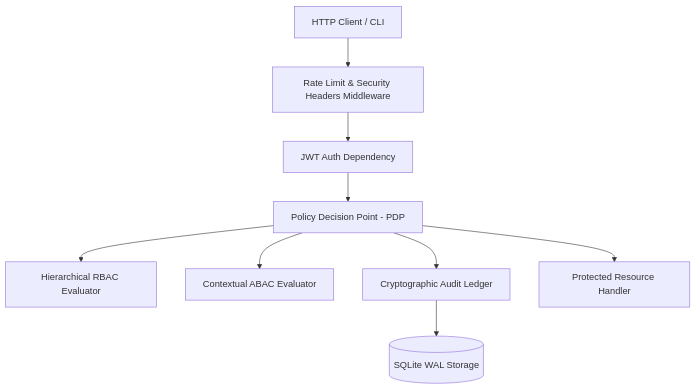
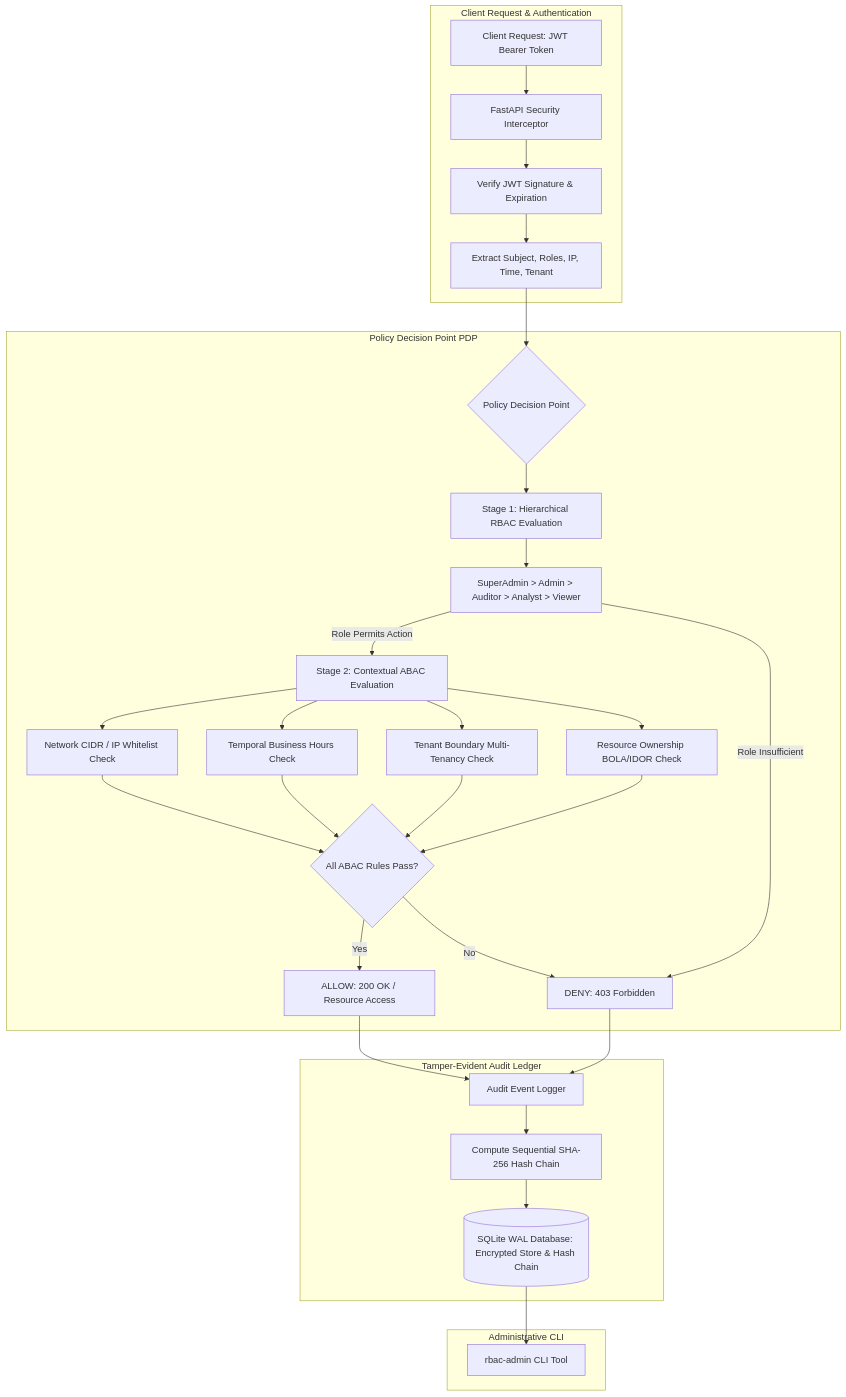
The diagram in README.md (Krish9800/rbac-secure-rest-api), drawn with Mermaid before and after one commit. The commit also changed other lines of this file, not shown here.

Commit message:
docs: refresh technical README with verified specifications, architecture, and threat model

````diff
--- a/README.md
+++ b/README.md
@@ -39,11 +23,39 @@
 ```mermaid
-graph TD
-    Client[HTTP Client / CLI] --> RateLimit[Rate Limit & Security Headers Middleware]
-    RateLimit --> AuthDep[JWT Auth Dependency]
-    AuthDep --> PDP[Policy Decision Point - PDP]
-    PDP --> RBAC[Hierarchical RBAC Evaluator]
-    PDP --> ABAC[Contextual ABAC Evaluator]
-    PDP --> Audit[Cryptographic Audit Ledger]
-    Audit --> SQLite[(SQLite WAL Storage)]
-    PDP --> Handler[Protected Resource Handler]
+flowchart TD
+    subgraph Client Request & Authentication
+        Client[Client Request: JWT Bearer Token] --> AuthGateway[FastAPI Security Interceptor]
+        AuthGateway --> TokenValidator[Verify JWT Signature & Expiration]
+        TokenValidator --> ContextBuilder[Extract Subject, Roles, IP, Time, Tenant]
+    end
+
+    subgraph Policy Decision Point PDP
+        ContextBuilder --> PDP{Policy Decision Point}
+
+        PDP --> RBACCheck[Stage 1: Hierarchical RBAC Evaluation]
+        RBACCheck --> RoleHierarchy[SuperAdmin > Admin > Auditor > Analyst > Viewer]
+
+        RoleHierarchy -->|Role Permits Action| ABACCheck[Stage 2: Contextual ABAC Evaluation]
+        RoleHierarchy -->|Role Insufficient| Deny[DENY: 403 Forbidden]
+
+        ABACCheck --> CIDRRule[Network CIDR / IP Whitelist Check]
+        ABACCheck --> TimeRule[Temporal Business Hours Check]
+        ABACCheck --> TenantRule[Tenant Boundary Multi-Tenancy Check]
+        ABACCheck --> OwnerRule[Resource Ownership BOLA/IDOR Check]
+
+        CIDRRule & TimeRule & TenantRule & OwnerRule --> Decision{All ABAC Rules Pass?}
+        Decision -->|Yes| Allow[ALLOW: 200 OK / Resource Access]
+        Decision -->|No| Deny
+    end
+
+    subgraph Tamper-Evident Audit Ledger
+        Allow --> Logger[Audit Event Logger]
+        Deny --> Logger
+
+        Logger --> HashChain[Compute Sequential SHA-256 Hash Chain]
+        HashChain --> SQLite[(SQLite WAL Database: Encrypted Store & Hash Chain)]
+    end
+
+    subgraph Administrative CLI
+        SQLite --> CLI[rbac-admin CLI Tool]
+    end
 ```
````
